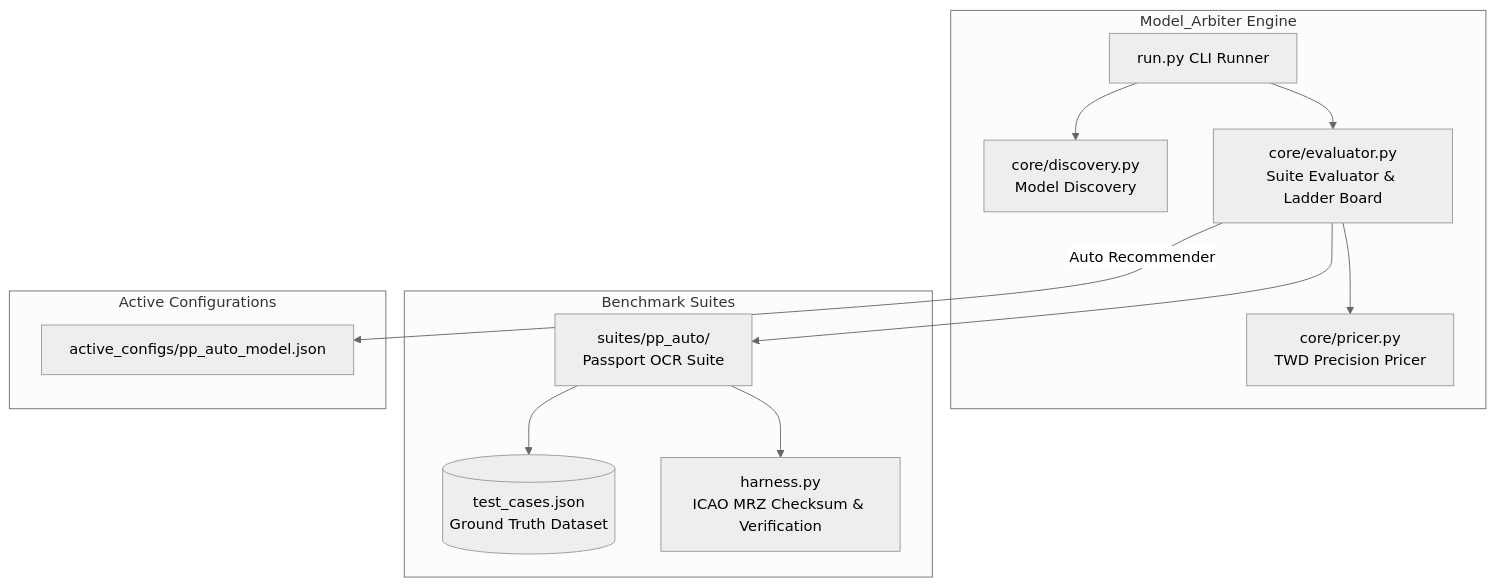
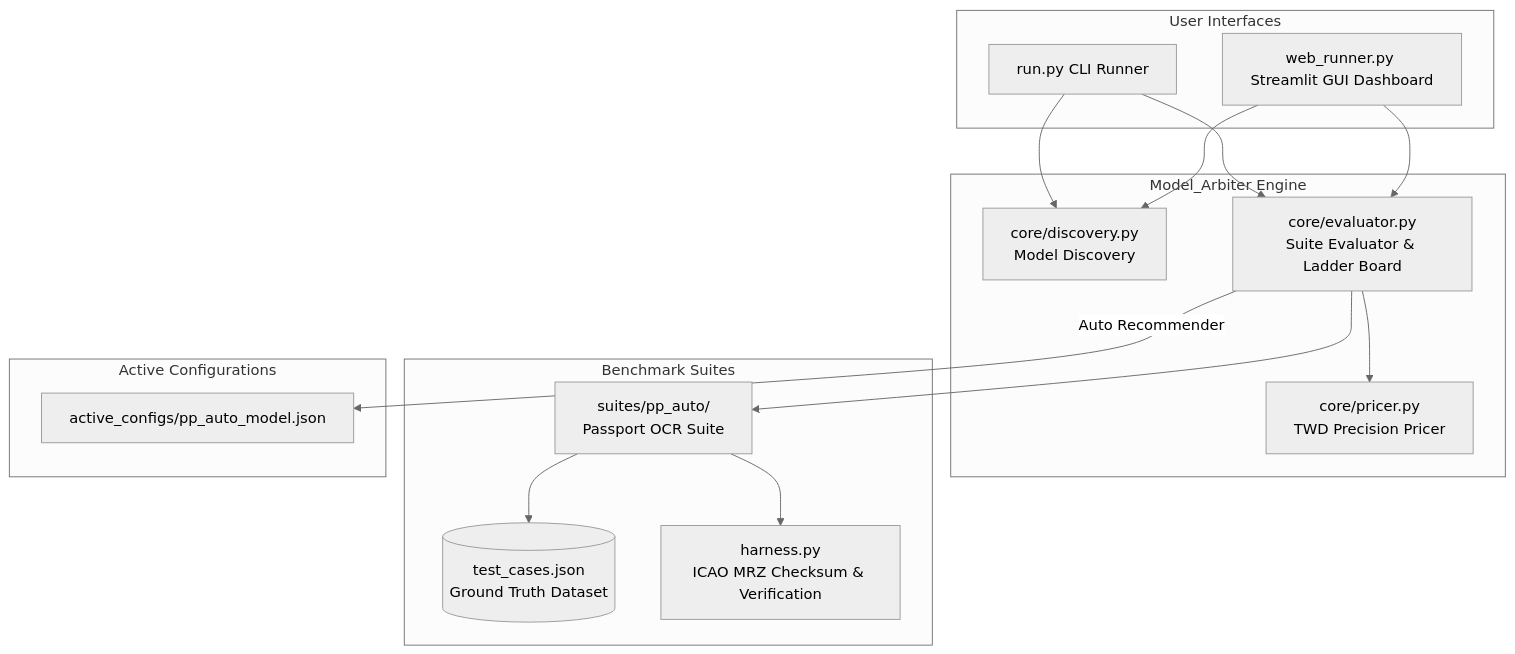
The diagram in HANDBOOK.md (voyagermartin/Model_Arbiter), drawn with Mermaid (neutral theme) before and after one commit. The commit also changed other lines of this file and 3 other files, not shown here.

Commit message:
feat: add Streamlit visual runner web_runner.py

````diff
--- a/HANDBOOK.md
+++ b/HANDBOOK.md
@@ -19,27 +19,33 @@
 ```mermaid
 flowchart TD
+    subgraph UserInterface [User Interfaces]
+        CLI[run.py CLI Runner]
+        WEB[web_runner.py Streamlit GUI Dashboard]
+    end
+
     subgraph CoreEngine [Model_Arbiter Engine]
-        CLI[run.py CLI Runner]
         DISC[core/discovery.py\nModel Discovery]
         PRICER[core/pricer.py\nTWD Precision Pricer]
         EVAL[core/evaluator.py\nSuite Evaluator & Ladder Board]
     end
 
     subgraph BenchmarkSuites [Benchmark Suites]
         PP[suites/pp_auto/\nPassport OCR Suite]
         GT[(test_cases.json\nGround Truth Dataset)]
         HARNESS[harness.py\nICAO MRZ Checksum & Verification]
     end
 
     subgraph OutputConfig [Active Configurations]
         CFG[active_configs/pp_auto_model.json]
     end
 
     CLI --> DISC
     CLI --> EVAL
+    WEB --> DISC
+    WEB --> EVAL
     EVAL --> PP
     PP --> GT
     PP --> HARNESS
     EVAL --> PRICER
     EVAL -->|Auto Recommender| CFG
 ```
````
